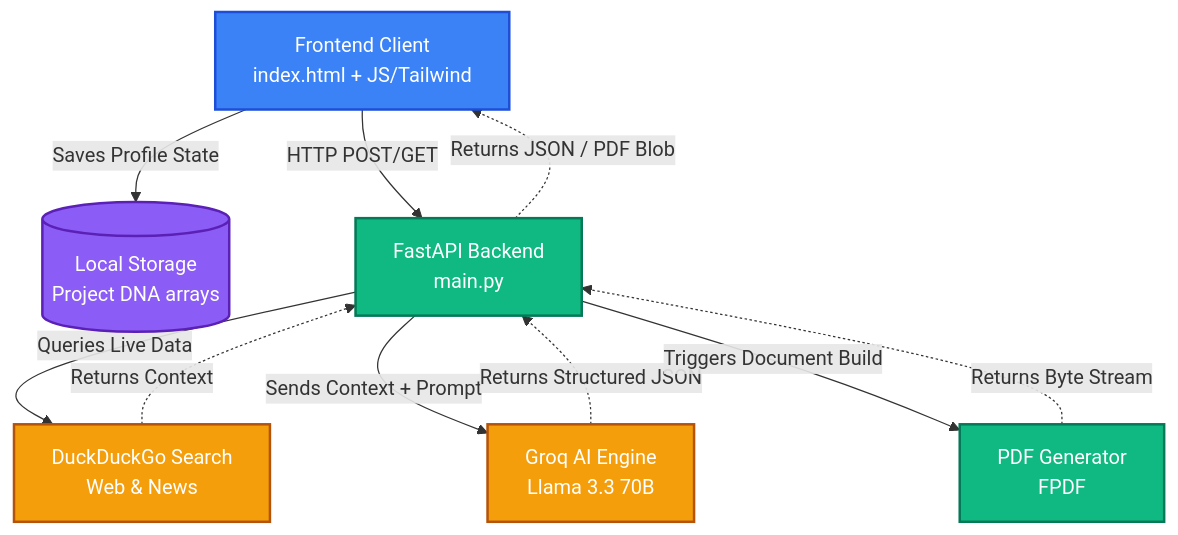
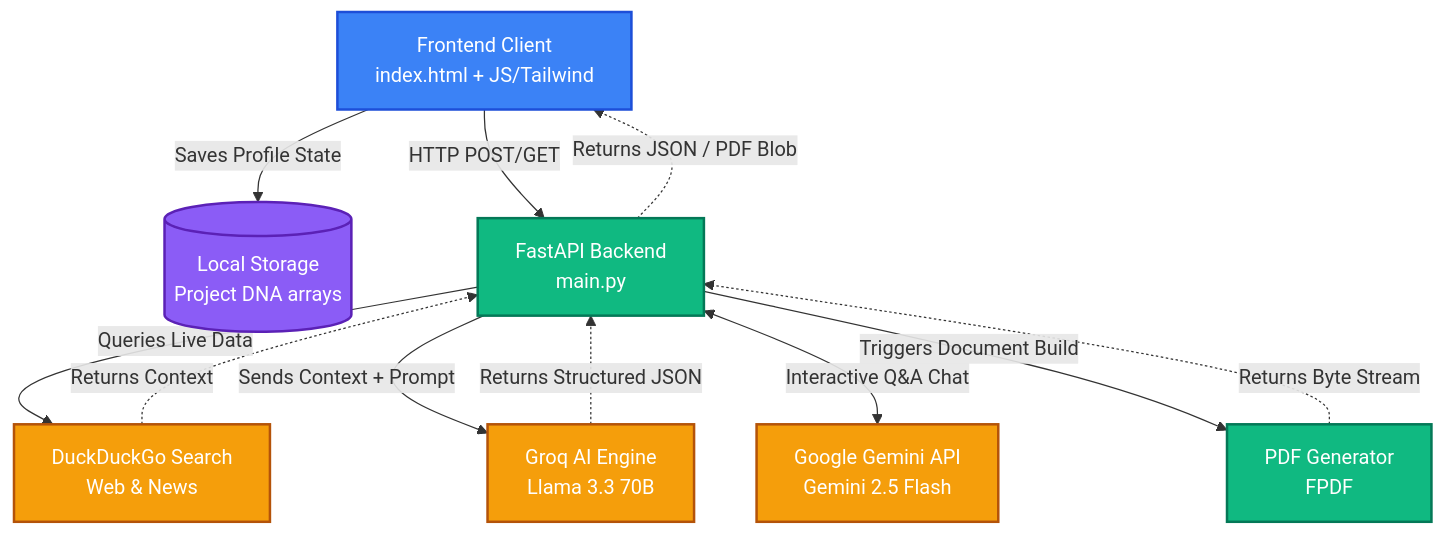
One commit to Chaitanyajagan/Market-Scout-Agent changed the diagram in README.md. Above: the diagram before and after it, drawn with Mermaid. The commit also changed other lines of this file, not shown here.

````diff
--- a/README.md
+++ b/README.md
@@ -46,31 +49,34 @@
 ```mermaid
 flowchart TD
     %% Define Styles
     classDef frontend fill:#3b82f6,stroke:#1d4ed8,stroke-width:2px,color:#fff
     classDef backend fill:#10b981,stroke:#047857,stroke-width:2px,color:#fff
     classDef external fill:#f59e0b,stroke:#b45309,stroke-width:2px,color:#fff
     classDef storage fill:#8b5cf6,stroke:#5b21b6,stroke-width:2px,color:#fff
     
     %% Components
     UI[Frontend Client\nindex.html + JS/Tailwind]:::frontend
     LS[(Local Storage\nProject DNA arrays)]:::storage
     FastAPI[FastAPI Backend\nmain.py]:::backend
     PDF[PDF Generator\nFPDF]:::backend
     Search[DuckDuckGo Search\nWeb & News]:::external
     LLM[Groq AI Engine\nLlama 3.3 70B]:::external
+    Gemini[Google Gemini API\nGemini 2.5 Flash]:::external
 
     %% Relationships
     UI -->|Saves Profile State| LS
     UI -->|HTTP POST/GET| FastAPI
     
     FastAPI -->|Queries Live Data| Search
     Search -.->|Returns Context| FastAPI
     
     FastAPI -->|Sends Context + Prompt| LLM
     LLM -.->|Returns Structured JSON| FastAPI
     
+    FastAPI <-->|Interactive Q&A Chat| Gemini
+    
     FastAPI -->|Triggers Document Build| PDF
     PDF -.->|Returns Byte Stream| FastAPI
     
     FastAPI -.->|Returns JSON / PDF Blob| UI
 ```
````
